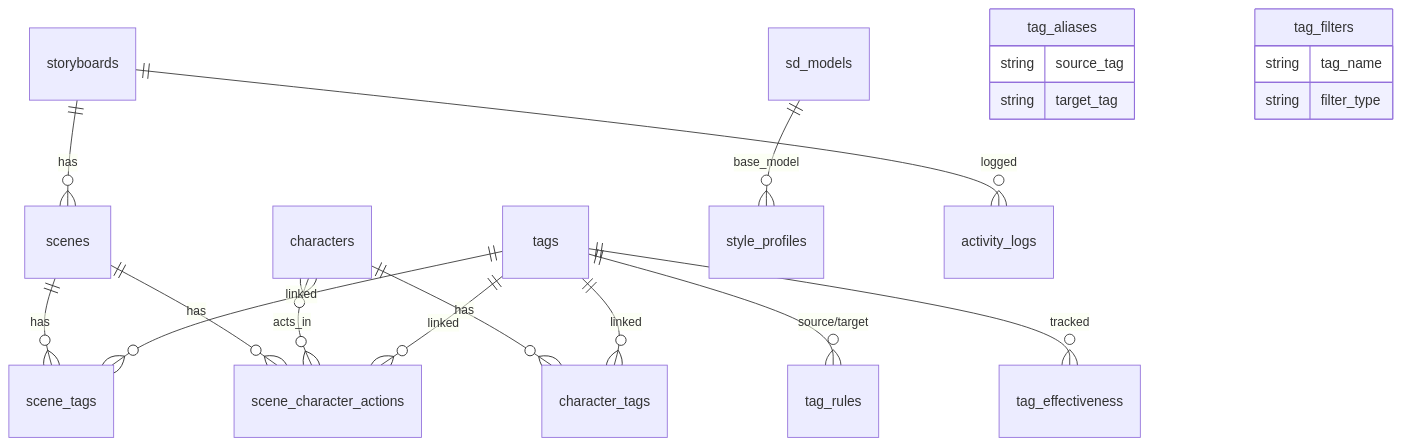
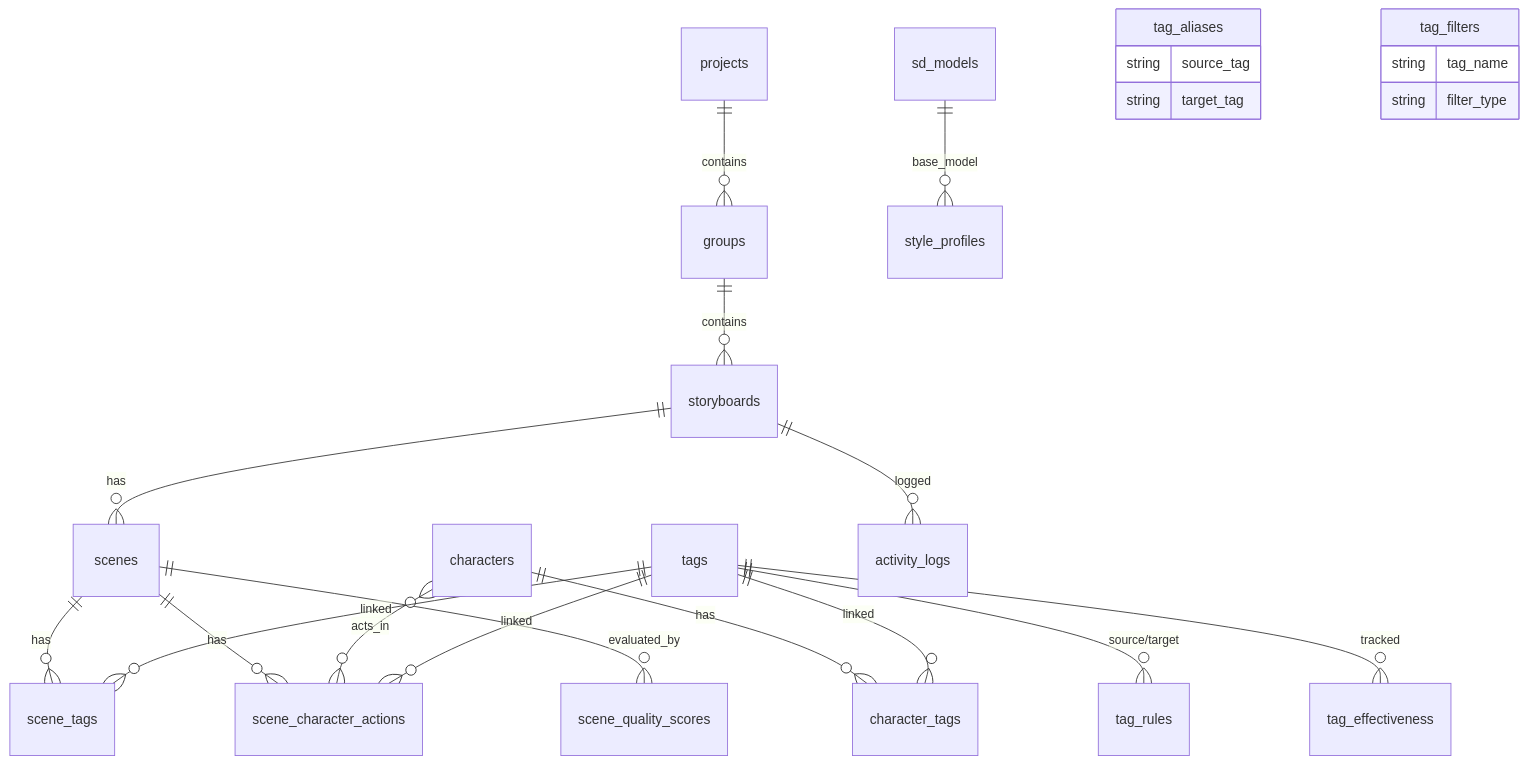
One commit to tomo-playground/sdd-orchestrator changed the diagram in docs/03_engineering/architecture/DB_SCHEMA.md. Above: the diagram before and after it, drawn with Mermaid. The commit also changed other lines of this file and 1 other file, not shown here.

Commit message:
docs: DB 스키마 v3.3 — projects, groups, scene_quality_scores 반영

````diff
--- a/docs/03_engineering/architecture/DB_SCHEMA.md
+++ b/docs/03_engineering/architecture/DB_SCHEMA.md
@@ -19,28 +20,31 @@
 ```mermaid
 erDiagram
+    projects ||--o{ groups : "contains"
+    groups ||--o{ storyboards : "contains"
     storyboards ||--o{ scenes : "has"
     scenes ||--o{ scene_tags : "has"
     scenes ||--o{ scene_character_actions : "has"
+    scenes ||--o{ scene_quality_scores : "evaluated_by"
 
     characters ||--o{ character_tags : "has"
     characters }o--o{ scene_character_actions : "acts_in"
 
     tags ||--o{ character_tags : "linked"
     tags ||--o{ scene_tags : "linked"
     tags ||--o{ scene_character_actions : "linked"
     tags ||--o{ tag_rules : "source/target"
     tags ||--o{ tag_effectiveness : "tracked"
 
     sd_models ||--o{ style_profiles : "base_model"
     storyboards ||--o{ activity_logs : "logged"
 
     tag_aliases {
         string source_tag
         string target_tag
     }
 
     tag_filters {
         string tag_name
         string filter_type
     }
 ```
````
